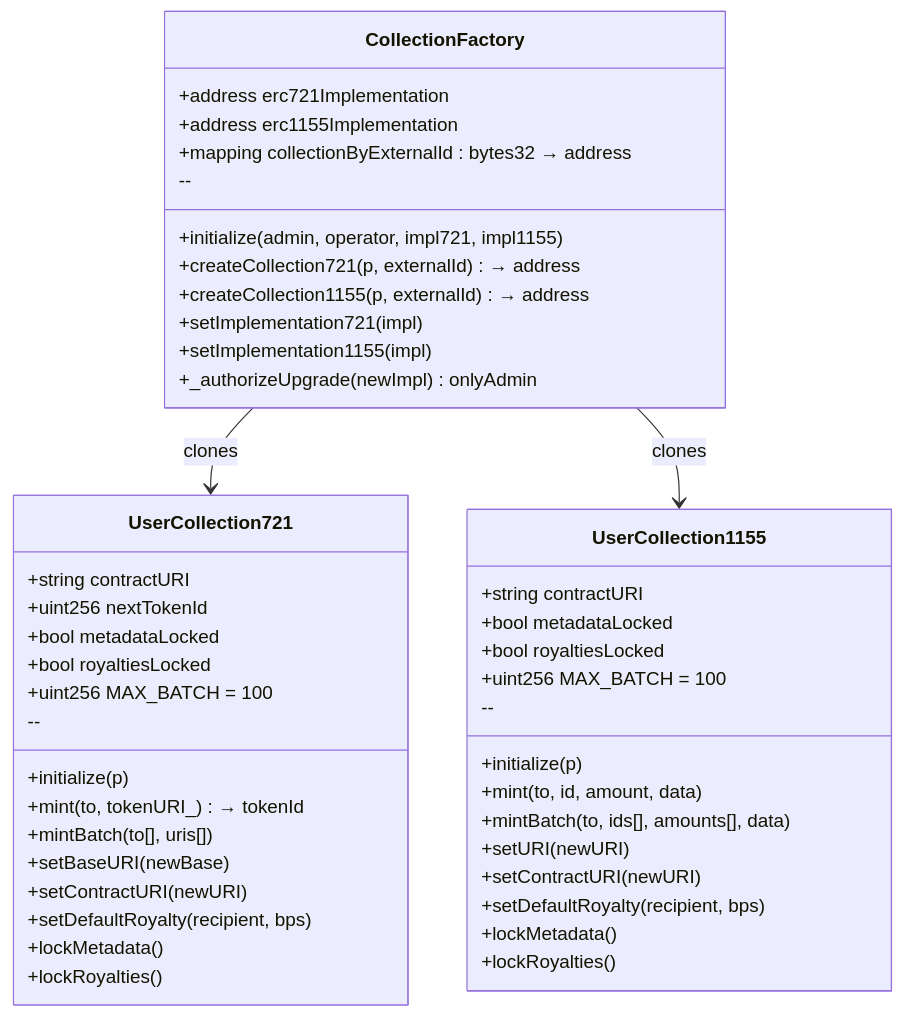
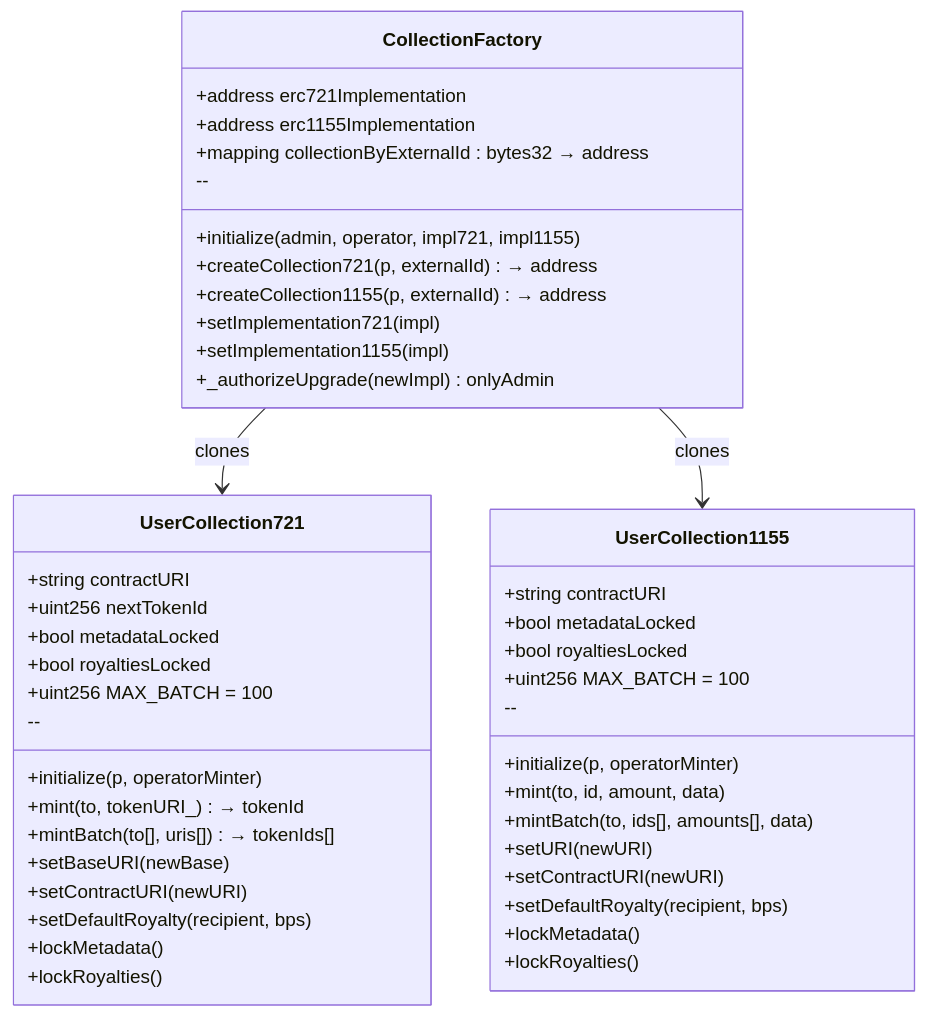
The third of 6 diagrams in src/collections/doc/spec/user-collections-specification.md (NodleCode/rollup), drawn with Mermaid before and after one commit. The commit also changed other lines of this file and 1 other file, not shown here.

````diff
--- a/src/collections/doc/spec/user-collections-specification.md
+++ b/src/collections/doc/spec/user-collections-specification.md
@@ -179,51 +185,51 @@
 ```mermaid
 classDiagram
     class CollectionFactory {
         +address erc721Implementation
         +address erc1155Implementation
         +mapping collectionByExternalId : bytes32 → address
         --
         +initialize(admin, operator, impl721, impl1155)
         +createCollection721(p, externalId) → address
         +createCollection1155(p, externalId) → address
         +setImplementation721(impl)
         +setImplementation1155(impl)
         +_authorizeUpgrade(newImpl) onlyAdmin
     }
 
     class UserCollection721 {
         +string contractURI
         +uint256 nextTokenId
         +bool metadataLocked
         +bool royaltiesLocked
         +uint256 MAX_BATCH = 100
         --
-        +initialize(p)
+        +initialize(p, operatorMinter)
         +mint(to, tokenURI_) → tokenId
-        +mintBatch(to[], uris[])
+        +mintBatch(to[], uris[]) → tokenIds[]
         +setBaseURI(newBase)
         +setContractURI(newURI)
         +setDefaultRoyalty(recipient, bps)
         +lockMetadata()
         +lockRoyalties()
     }
 
     class UserCollection1155 {
         +string contractURI
         +bool metadataLocked
         +bool royaltiesLocked
         +uint256 MAX_BATCH = 100
         --
-        +initialize(p)
+        +initialize(p, operatorMinter)
         +mint(to, id, amount, data)
         +mintBatch(to, ids[], amounts[], data)
         +setURI(newURI)
         +setContractURI(newURI)
         +setDefaultRoyalty(recipient, bps)
         +lockMetadata()
         +lockRoyalties()
     }
 
     CollectionFactory --> UserCollection721 : clones
     CollectionFactory --> UserCollection1155 : clones
 ```
````
